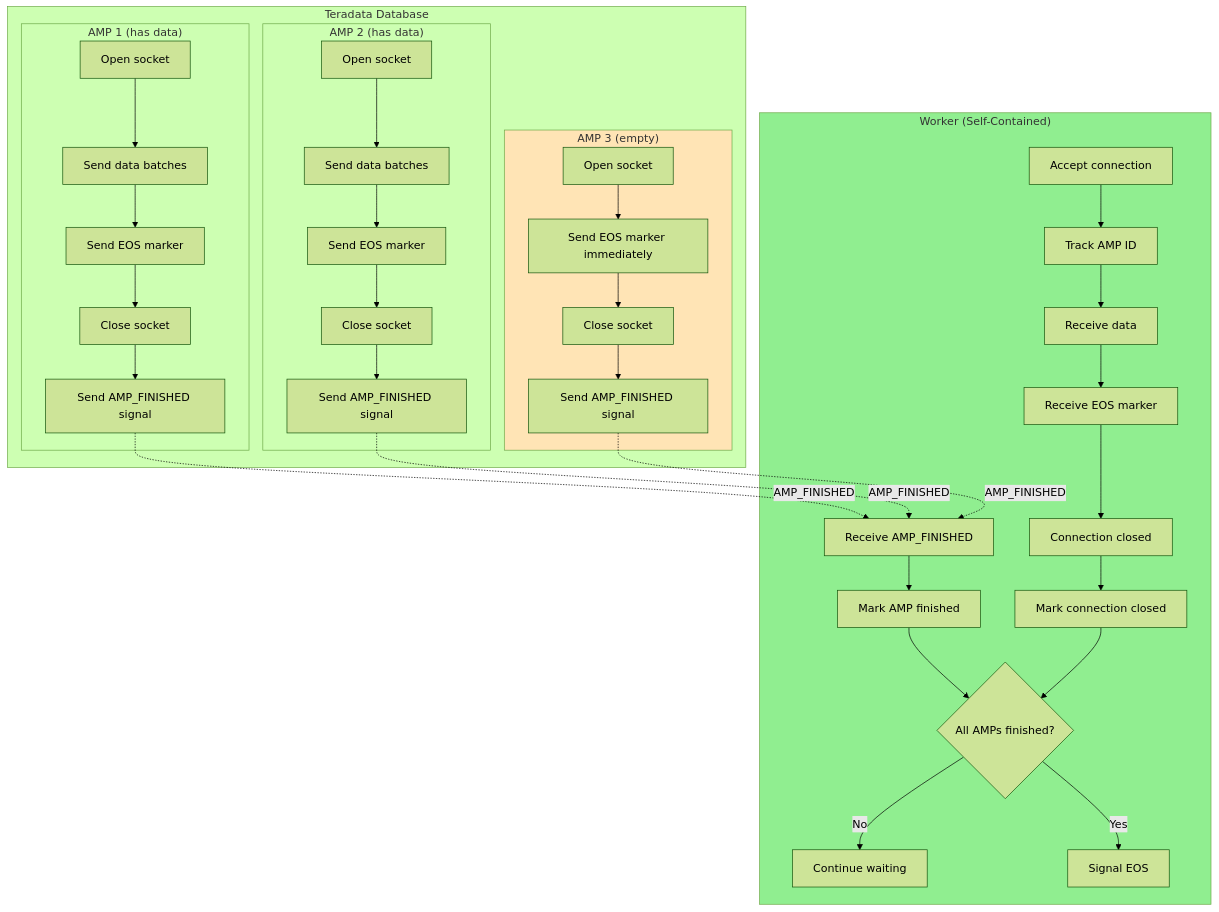
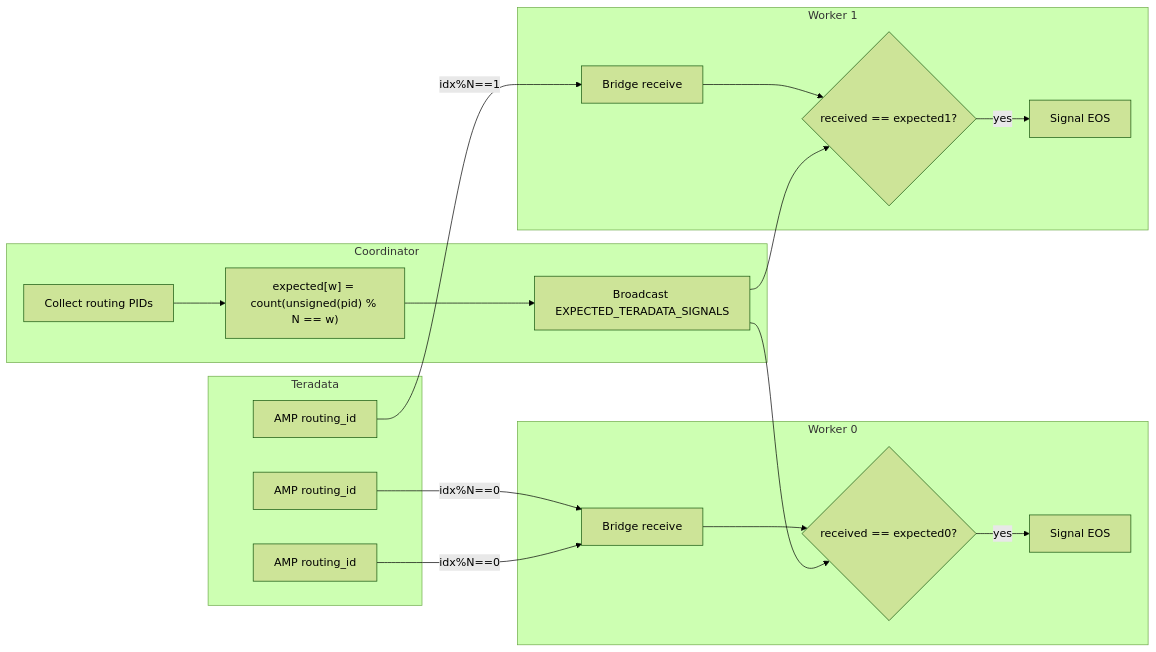
Before and after one commit to vijayshc/trino-teradata: the first of 2 diagrams in docs/eos-architecture-diagram.md, drawn with Mermaid (forest theme). The commit also changed other lines of this file and 11 other files, not shown here.

First line of the commit message:
Rewrite docs for current architecture and OSS readiness

````diff
--- a/docs/eos-architecture-diagram.md
+++ b/docs/eos-architecture-diagram.md
@@ -76,46 +8,35 @@
 ```mermaid
-flowchart TB
-    subgraph Teradata["Teradata Database"]
-        subgraph AMP1["AMP 1 (has data)"]
-            A1[Open socket] --> B1[Send data batches]
-            B1 --> C1[Send EOS marker]
-            C1 --> D1[Close socket]
-            D1 --> E1[Send AMP_FINISHED signal]
-        end
-        
-        subgraph AMP2["AMP 2 (has data)"]
-            A2[Open socket] --> B2[Send data batches]
-            B2 --> C2[Send EOS marker]
-            C2 --> D2[Close socket]
-            D2 --> E2[Send AMP_FINISHED signal]
-        end
-        
-        subgraph AMP3["AMP 3 (empty)"]
-            A3[Open socket] --> B3[Send EOS marker immediately]
-            B3 --> C3[Close socket]
-            C3 --> D3[Send AMP_FINISHED signal]
-        end
+flowchart LR
+    subgraph TD[Teradata]
+      A1[AMP routing_id]
+      A2[AMP routing_id]
+      A3[AMP routing_id]
     end
-    
-    subgraph Worker["Worker (Self-Contained)"]
-        F[Accept connection] --> G[Track AMP ID]
-        G --> H[Receive data]
-        H --> I[Receive EOS marker]
-        I --> J[Connection closed]
-        J --> K[Mark connection closed]
-        
-        E1 -.->|AMP_FINISHED| L
-        E2 -.->|AMP_FINISHED| L
-        D3 -.->|AMP_FINISHED| L
-        
-        L[Receive AMP_FINISHED] --> M[Mark AMP finished]
-        M --> N{All AMPs finished?}
-        K --> N
-        
-        N -->|No| O[Continue waiting]
-        N -->|Yes| P[Signal EOS]
+
+    subgraph Coord[Coordinator]
+      C1[Collect routing PIDs]
+      C2["expected[w] = count(unsigned(pid) % N == w)"]
+      C3[Broadcast EXPECTED_TERADATA_SIGNALS]
+      C1 --> C2 --> C3
     end
-    
-    style Worker fill:#90EE90
-    style AMP3 fill:#FFE4B5
+
+    subgraph W0[Worker 0]
+      B0[Bridge receive]
+      E0{received == expected0?}
+      B0 --> E0
+      E0 -->|yes| EOS0[Signal EOS]
+    end
+
+    subgraph W1[Worker 1]
+      B1[Bridge receive]
+      E1{received == expected1?}
+      B1 --> E1
+      E1 -->|yes| EOS1[Signal EOS]
+    end
+
+    A1 -->|idx%N==0| B0
+    A2 -->|idx%N==1| B1
+    A3 -->|idx%N==0| B0
+    C3 --> E0
+    C3 --> E1
 ```
````
